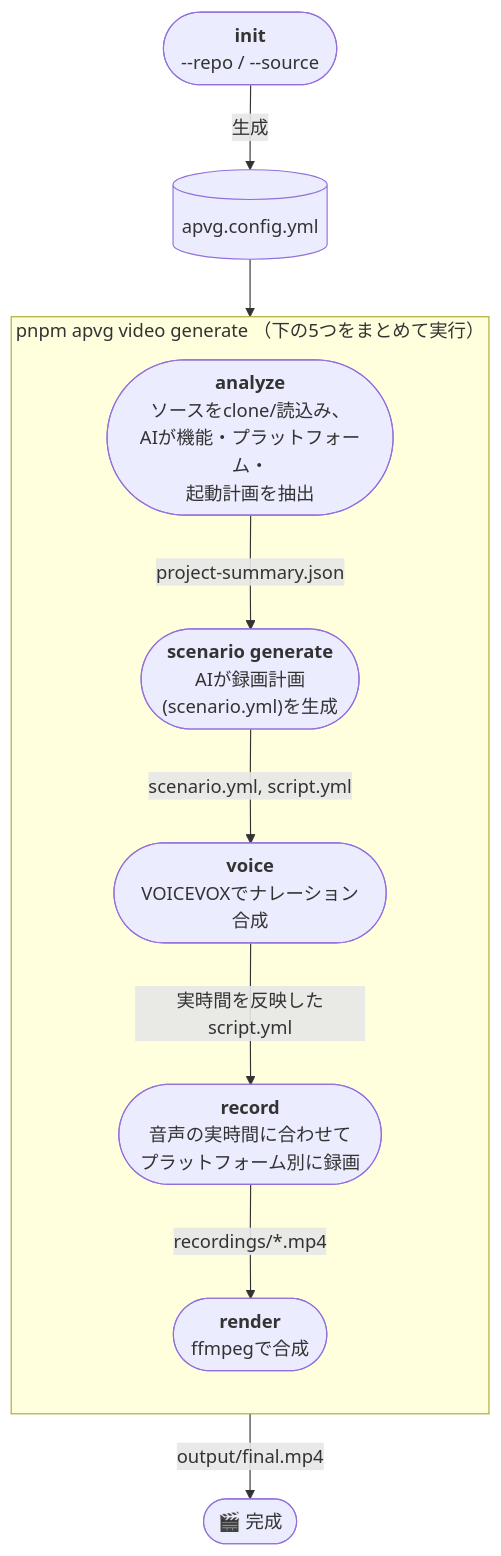
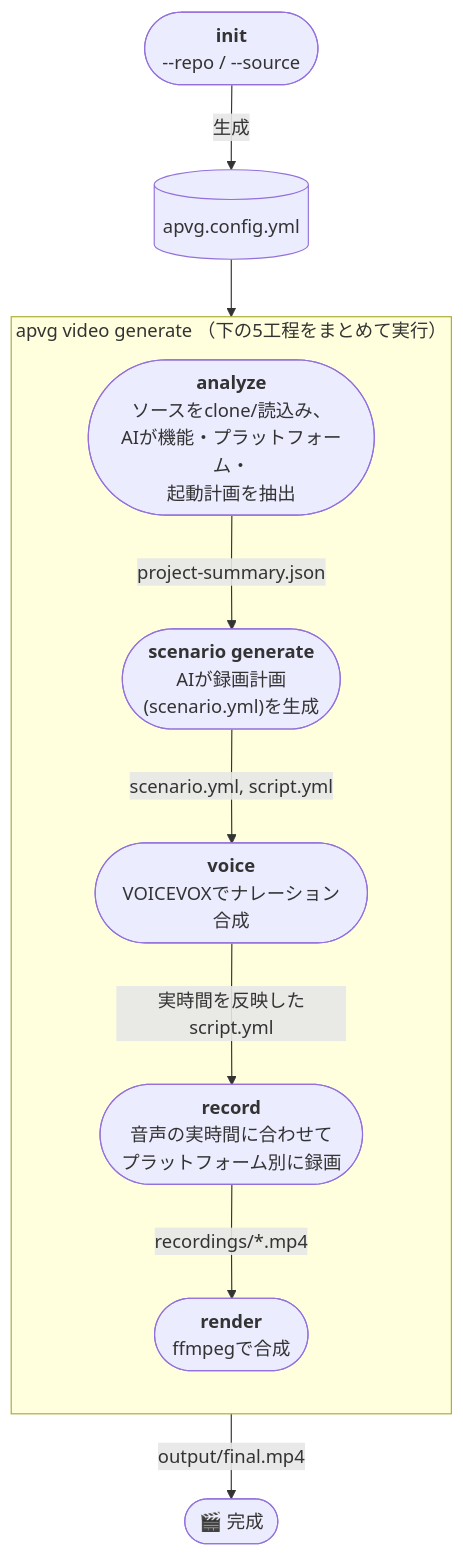
One commit to TakuKobayashi/auto-product-video-generator changed the diagram in README-ja.md. Above: the diagram before and after it, drawn with Mermaid. The commit also changed other lines of this file and 1 other file, not shown here.

````diff
--- a/README-ja.md
+++ b/README-ja.md
@@ -151,20 +224,20 @@
 ```mermaid
 flowchart TD
     init(["<b>init</b><br/>--repo / --source"]) -->|生成| cfg[(apvg.config.yml)]
 
-    subgraph build["pnpm apvg video generate （下の5つをまとめて実行）"]
+    subgraph build["apvg video generate （下の5工程をまとめて実行）"]
         direction TB
         analyze(["<b>analyze</b><br/>ソースをclone/読込み、<br/>AIが機能・プラットフォーム・<br/>起動計画を抽出"])
         scenario(["<b>scenario generate</b><br/>AIが録画計画<br/>(scenario.yml)を生成"])
         voice(["<b>voice</b><br/>VOICEVOXでナレーション合成"])
         record(["<b>record</b><br/>音声の実時間に合わせて<br/>プラットフォーム別に録画"])
         render(["<b>render</b><br/>ffmpegで合成"])
         analyze -->|project-summary.json| scenario
         scenario -->|scenario.yml, script.yml| voice
         voice -->|実時間を反映したscript.yml| record
         record -->|recordings/*.mp4| render
     end
 
     cfg --> analyze
     render -->|output/final.mp4| done(["🎬 完成"])
 ```
````
